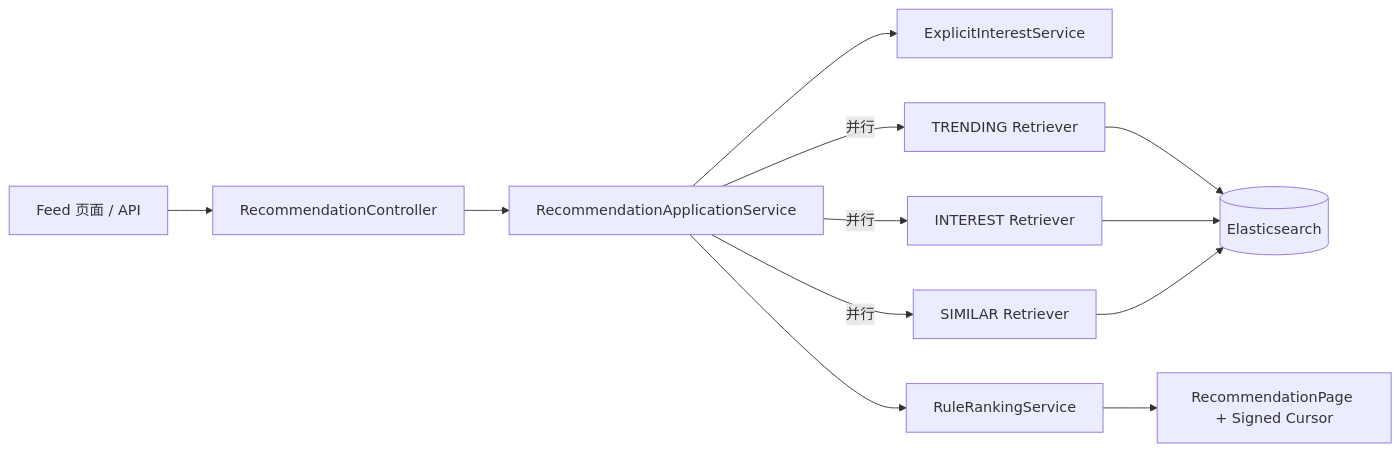
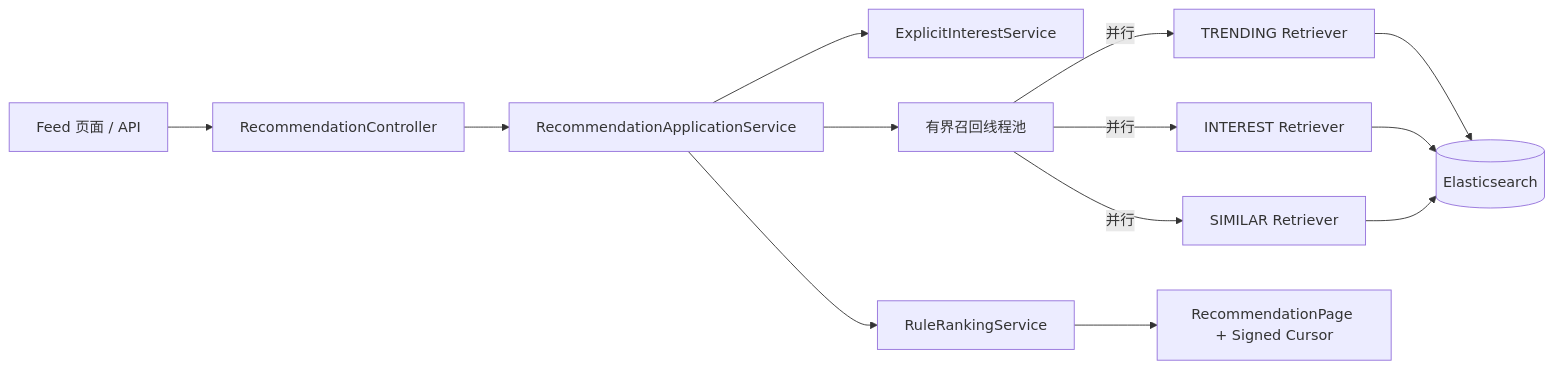
One commit to xhfabn/seekFlux changed the diagram in docs/learning/step-03-feed-baseline.md. Above: the diagram before and after it, drawn with Mermaid. The commit also changed other lines of this file and 51 other files, not shown here.

````diff
--- a/docs/learning/step-03-feed-baseline.md
+++ b/docs/learning/step-03-feed-baseline.md
@@ -20,14 +20,15 @@
 ```mermaid
 flowchart LR
     User[Feed 页面 / API] --> API[RecommendationController]
     API --> Rec[RecommendationApplicationService]
     Rec --> Interest[ExplicitInterestService]
-    Rec -->|并行| Trending[TRENDING Retriever]
-    Rec -->|并行| Topic[INTEREST Retriever]
-    Rec -->|并行| Similar[SIMILAR Retriever]
+    Rec --> Pool[有界召回线程池]
+    Pool -->|并行| Trending[TRENDING Retriever]
+    Pool -->|并行| Topic[INTEREST Retriever]
+    Pool -->|并行| Similar[SIMILAR Retriever]
     Trending --> ES[(Elasticsearch)]
     Topic --> ES
     Similar --> ES
     Rec --> Rank[RuleRankingService]
     Rank --> Page[RecommendationPage + Signed Cursor]
 ```
````
